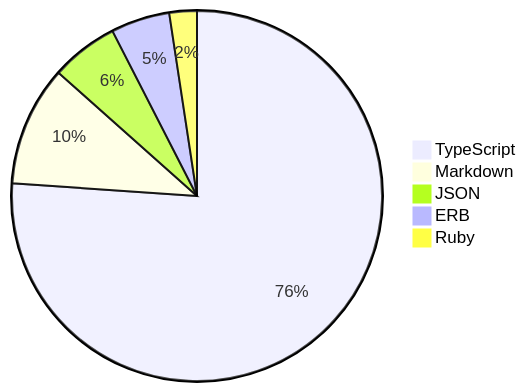
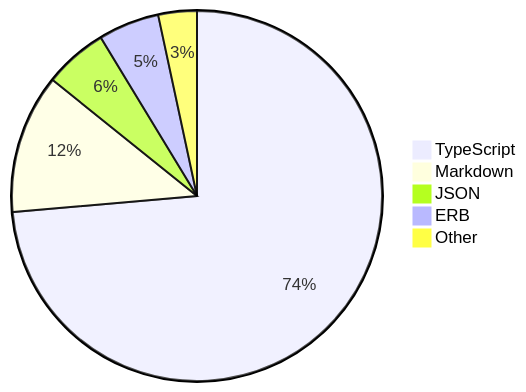
The diagram in README.md (skvggor/skvggor), drawn with Mermaid before and after one commit.

Commit message:
Updated waka-readme graph with new metrics

````diff
--- a/README.md
+++ b/README.md
@@ -35,8 +35,8 @@
 ```mermaid
 pie
-    "TypeScript" : 69.7
-    "Markdown" : 9.6
-    "JSON" : 5.4
-    "ERB" : 4.7
-    "Ruby" : 2.2
+    "TypeScript" : 67.8
+    "Markdown" : 11.2
+    "JSON" : 5.1
+    "ERB" : 4.9
+    "Other" : 3.1
 ```
````
